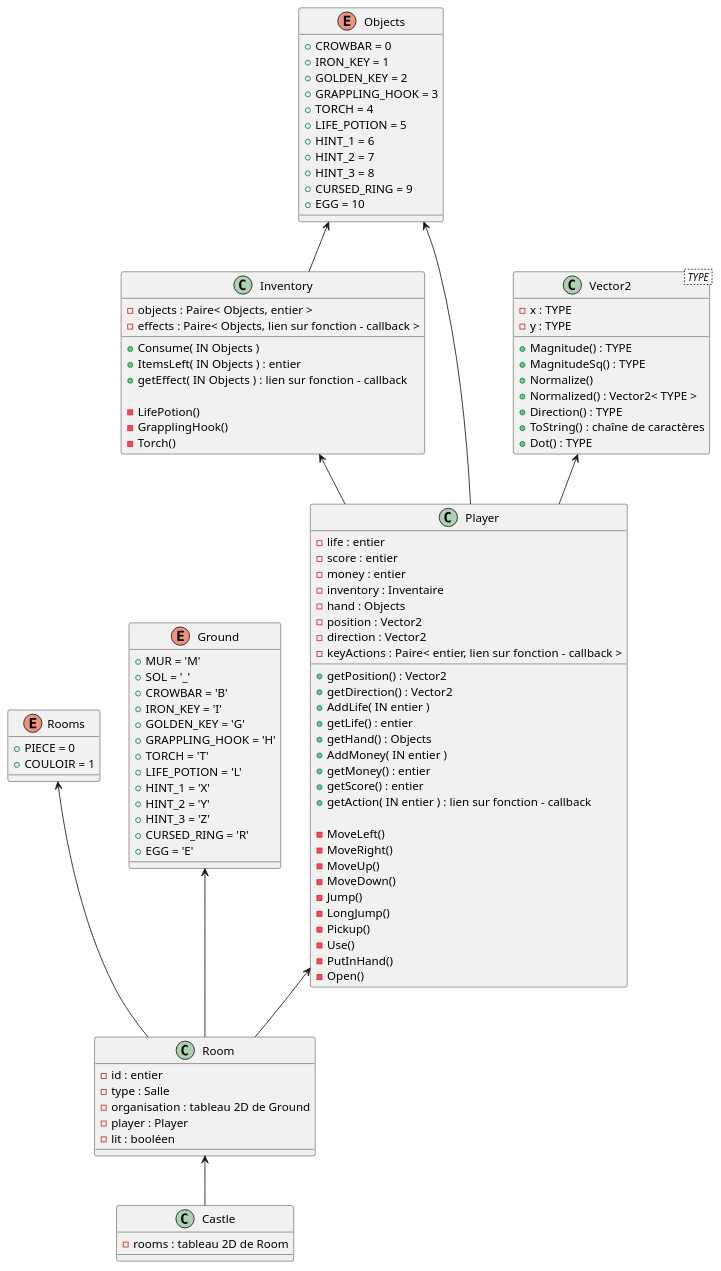
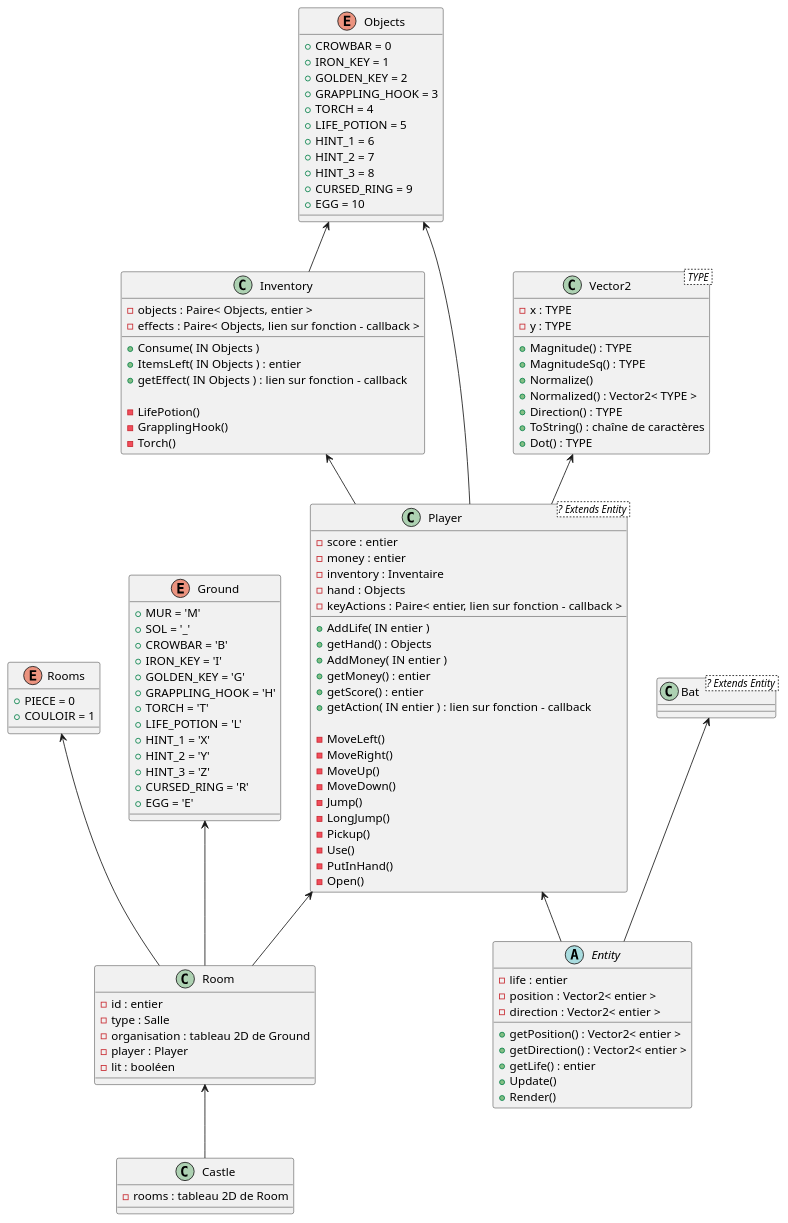
The diagram in doc/diagrams/Class.puml (Serdok/GoldenPhoenix), drawn with PlantUML before and after one commit. The commit also changed 1 other file, not shown here.

Commit message:
Updated diagrams

```diff
--- a/doc/diagrams/Class.puml
+++ b/doc/diagrams/Class.puml
@@ -1,129 +1,143 @@
 @startuml
 
 Inventory <-- Player
 Room <-- Castle
 Objects <-- Inventory
 Vector2 <-- Player
 Rooms <-- Room
 Ground <-- Room
 Player <-- Room
 Objects <-- Player
+Player <-- Entity
+Bat <-- Entity
 
 class Vector2< TYPE >
 {
     - x : TYPE
     - y : TYPE
 
     + Magnitude() : TYPE
     + MagnitudeSq() : TYPE
     + Normalize()
     + Normalized() : Vector2< TYPE >
     + Direction() : TYPE
     + ToString() : chaîne de caractères
     + Dot() : TYPE
 }
 
-class Player
+class Player <? Extends Entity >
 {
-    - life : entier
     - score : entier
     - money : entier
     - inventory : Inventaire
     - hand : Objects
-    - position : Vector2
-    - direction : Vector2
     - keyActions : Paire< entier, lien sur fonction - callback >
 
-    + getPosition() : Vector2
-    + getDirection() : Vector2
     + AddLife( IN entier )
-    + getLife() : entier
     + getHand() : Objects
     + AddMoney( IN entier )
     + getMoney() : entier
     + getScore() : entier
     + getAction( IN entier ) : lien sur fonction - callback
 
     - MoveLeft()
     - MoveRight()
     - MoveUp()
     - MoveDown()
     - Jump()
     - LongJump()
     - Pickup()
     - Use()
     - PutInHand()
     - Open()
 }
 
 class Inventory
 {
     - objects : Paire< Objects, entier >
     - effects : Paire< Objects, lien sur fonction - callback >
 
     + Consume( IN Objects )
     + ItemsLeft( IN Objects ) : entier
     + getEffect( IN Objects ) : lien sur fonction - callback
 
     - LifePotion()
     - GrapplingHook()
     - Torch()
+}
+
+abstract class Entity
+{
+    - life : entier
+    - position : Vector2< entier >
+    - direction : Vector2< entier >
+
+    + getPosition() : Vector2< entier >
+    + getDirection() : Vector2< entier >
+    + getLife() : entier
+    + Update()
+    + Render()
+}
+
+class Bat <? Extends Entity >
+{
+
 }
 
 enum Objects
 {
     + CROWBAR = 0
     + IRON_KEY = 1
     + GOLDEN_KEY = 2
     + GRAPPLING_HOOK = 3
     + TORCH = 4
     + LIFE_POTION = 5
     + HINT_1 = 6
     + HINT_2 = 7
     + HINT_3 = 8
     + CURSED_RING = 9
     + EGG = 10
 }
 
 class Castle
 {
     - rooms : tableau 2D de Room
 }
 
 enum Rooms
 {
     + PIECE = 0
     + COULOIR = 1
 }
 
 enum Ground
 {
     + MUR = 'M'
     + SOL = '_'
     + CROWBAR = 'B'
     + IRON_KEY = 'I'
     + GOLDEN_KEY = 'G'
     + GRAPPLING_HOOK = 'H'
     + TORCH = 'T'
     + LIFE_POTION = 'L'
     + HINT_1 = 'X'
     + HINT_2 = 'Y'
     + HINT_3 = 'Z'
     + CURSED_RING = 'R'
     + EGG = 'E'
 }
 
 class Room
 {
     - id : entier
     - type : Salle
     - organisation : tableau 2D de Ground
     - player : Player
     - lit : booléen
 }
 
 
 
 
 
 @enduml
```
